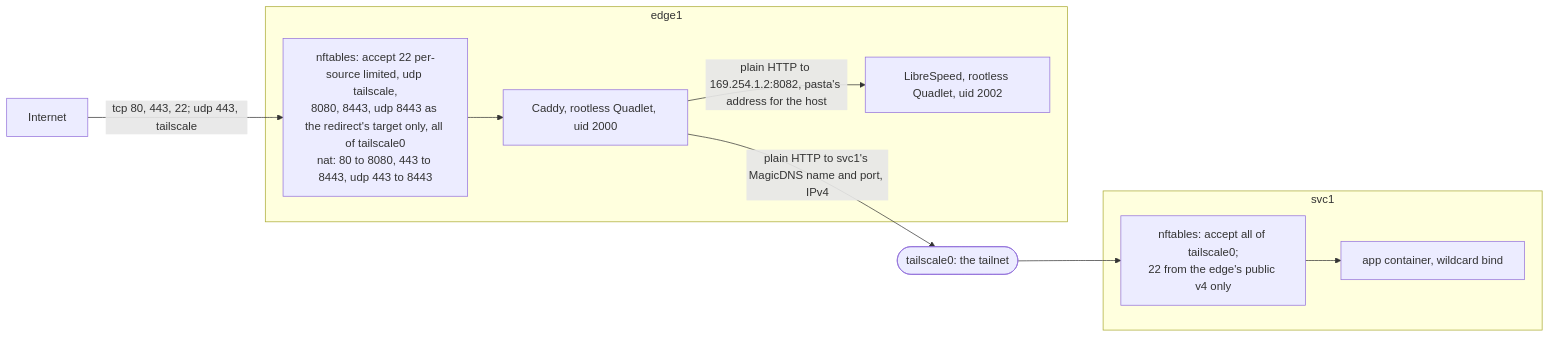
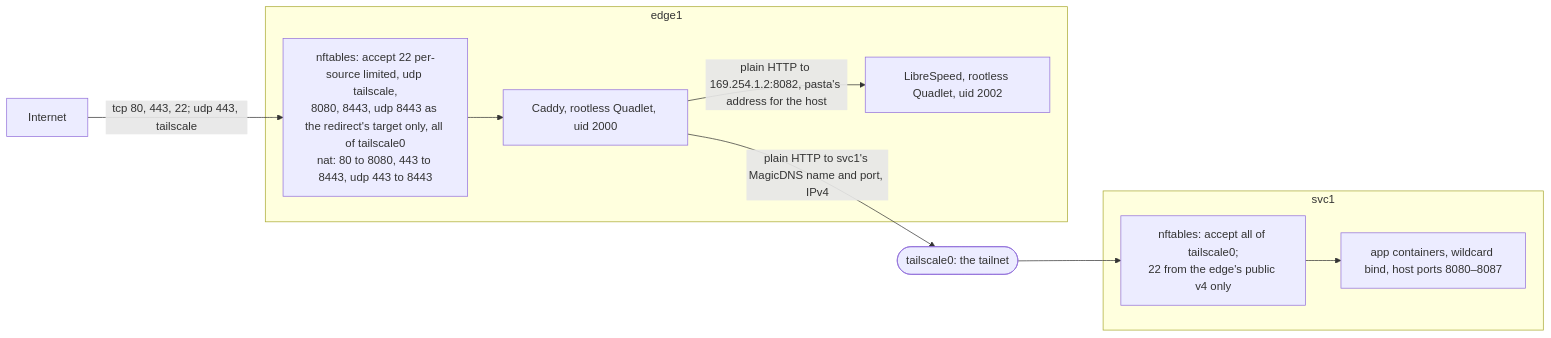
One commit to aryonoco/deerlab changed the first of 4 diagrams in docs/runbook.md. Above: the diagram before and after it, drawn with Mermaid. The commit also changed other lines of this file, not shown here.

First line of the commit message:
docs: describe Mealie on the services host

````diff
--- a/docs/runbook.md
+++ b/docs/runbook.md
@@ -55,19 +55,19 @@
 ```mermaid
 flowchart LR
   net["Internet"]
   subgraph edge1
     nft1["nftables: accept 22 per-source limited, udp tailscale,<br/>8080, 8443, udp 8443 as the redirect's target only, all of tailscale0<br/>nat: 80 to 8080, 443 to 8443, udp 443 to 8443"]
     caddy["Caddy, rootless Quadlet, uid 2000"]
     speed["LibreSpeed, rootless Quadlet, uid 2002"]
   end
   subgraph svc1
     nft2["nftables: accept all of tailscale0;<br/>22 from the edge's public v4 only"]
-    app["app container, wildcard bind"]
+    app["app containers, wildcard bind, host ports 8080–8087"]
   end
   net -->|"tcp 80, 443, 22; udp 443, tailscale"| nft1
   nft1 --> caddy
   caddy -->|"plain HTTP to 169.254.1.2:8082, pasta's address for the host"| speed
   caddy -->|"plain HTTP to svc1's MagicDNS name and port, IPv4"| ts(["tailscale0: the tailnet"])
   ts --> nft2
   nft2 --> app
 ```
````
